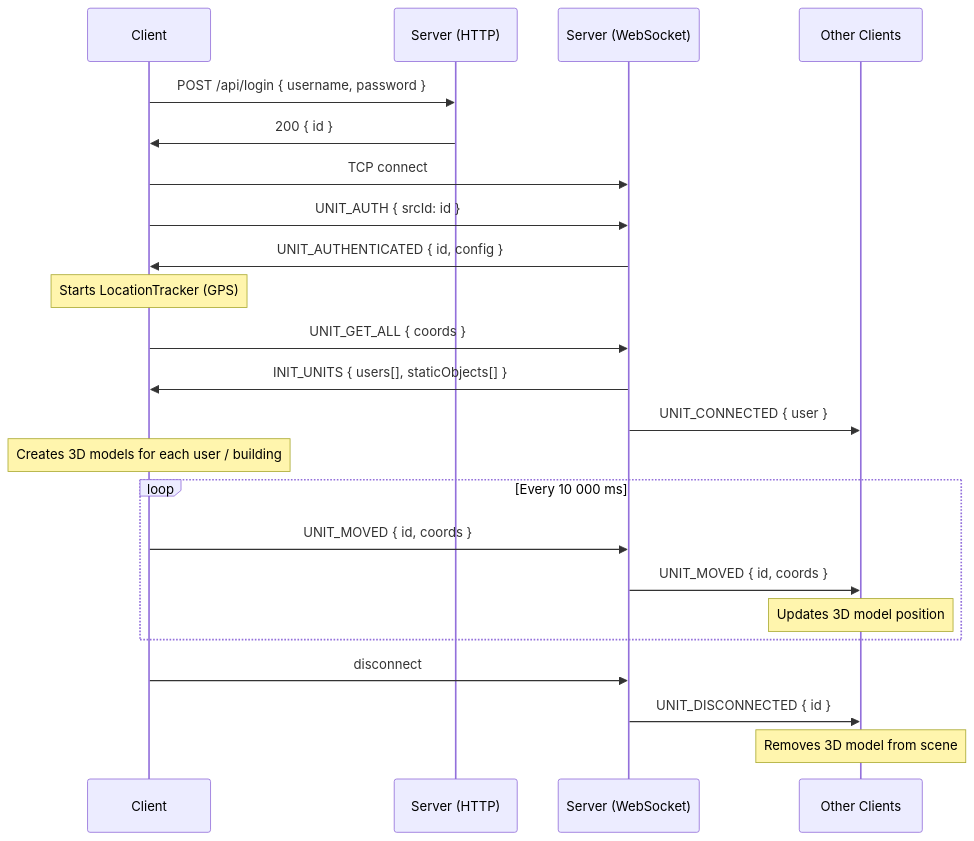
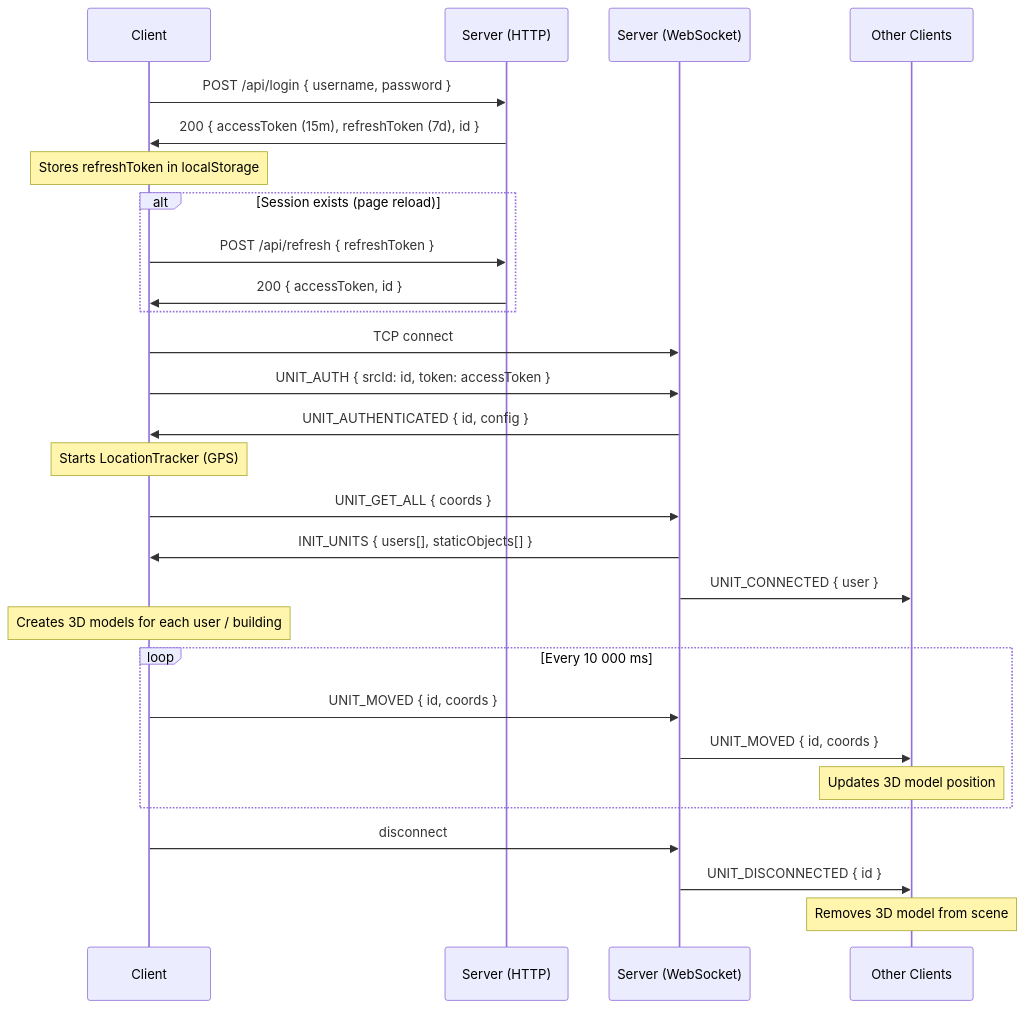
The diagram in docs/architecture.md (NeradziukA/hives), drawn with Mermaid before and after one commit. The commit also changed other lines of this file and 15 other files, not shown here.

````diff
--- a/docs/architecture.md
+++ b/docs/architecture.md
@@ -5,30 +5,36 @@
 ```mermaid
 sequenceDiagram
     participant C as Client
     participant S as Server (HTTP)
     participant WS as Server (WebSocket)
     participant O as Other Clients
 
     C->>S: POST /api/login { username, password }
-    S->>C: 200 { id }
+    S->>C: 200 { accessToken (15m), refreshToken (7d), id }
+    Note over C: Stores refreshToken in localStorage
+
+    alt Session exists (page reload)
+        C->>S: POST /api/refresh { refreshToken }
+        S->>C: 200 { accessToken, id }
+    end
 
     C->>WS: TCP connect
-    C->>WS: UNIT_AUTH { srcId: id }
+    C->>WS: UNIT_AUTH { srcId: id, token: accessToken }
     WS->>C: UNIT_AUTHENTICATED { id, config }
     Note over C: Starts LocationTracker (GPS)
 
     C->>WS: UNIT_GET_ALL { coords }
     WS->>C: INIT_UNITS { users[], staticObjects[] }
     WS->>O: UNIT_CONNECTED { user }
     Note over C: Creates 3D models for each user / building
 
     loop Every 10 000 ms
         C->>WS: UNIT_MOVED { id, coords }
         WS->>O: UNIT_MOVED { id, coords }
         Note over O: Updates 3D model position
     end
 
     C->>WS: disconnect
     WS->>O: UNIT_DISCONNECTED { id }
     Note over O: Removes 3D model from scene
 ```
````
